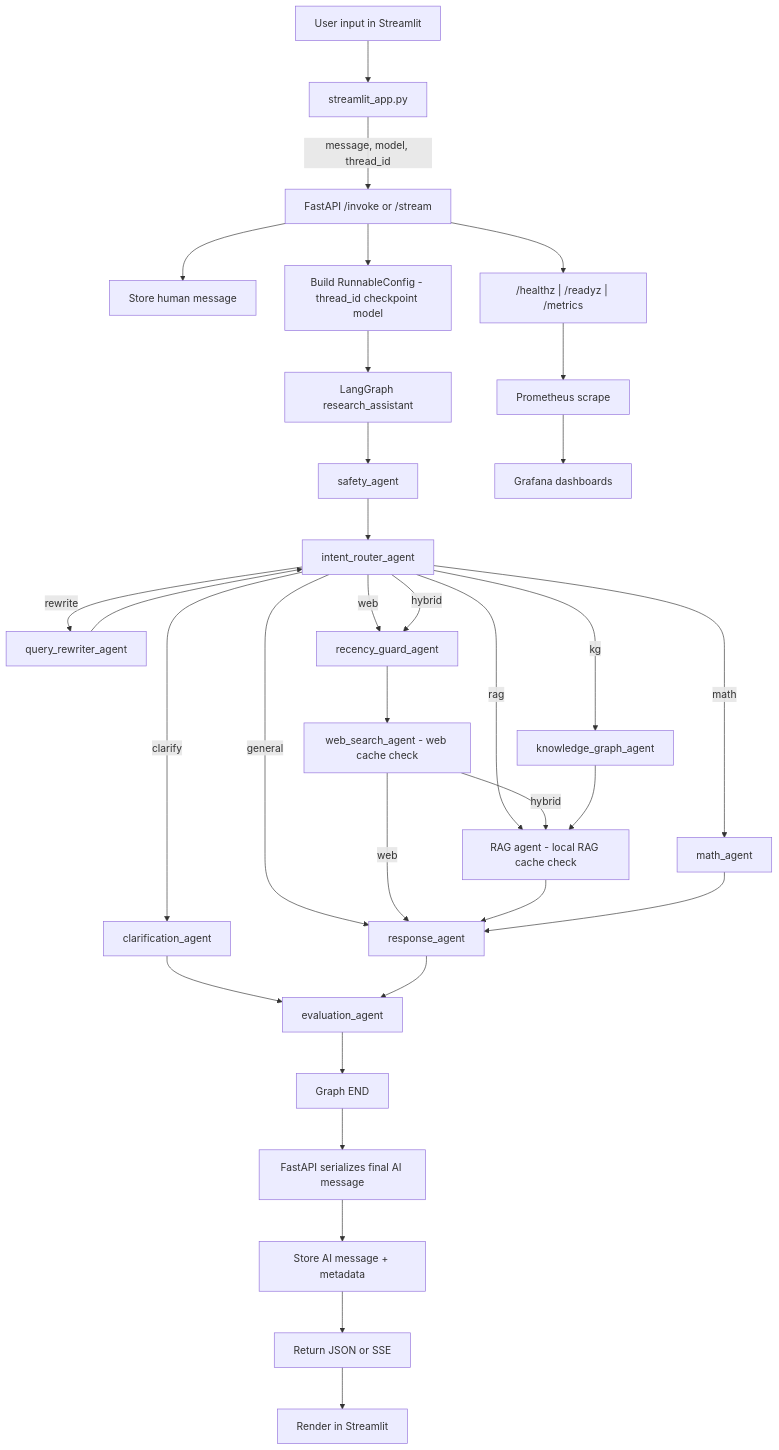
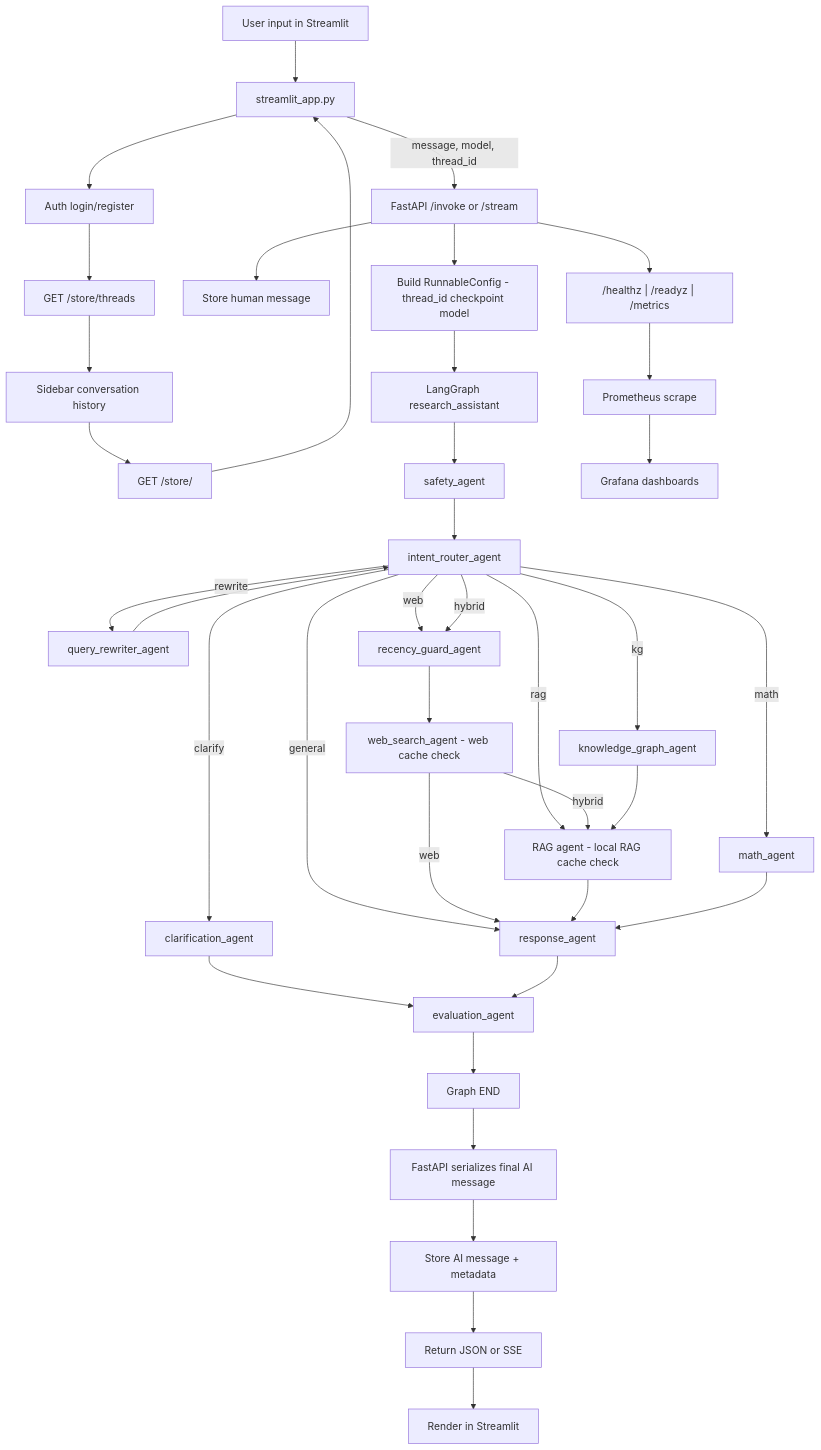
The first of 2 diagrams in README.md (Theepankumargandhi/Multi-Agent-Orchestration), drawn with Mermaid before and after one commit. The commit also changed other lines of this file and 2 other files, not shown here.

Commit message:
Update README and flowcharts for conversation history thread flow

````diff
--- a/README.md
+++ b/README.md
@@ -58,44 +59,49 @@
 ```mermaid
 %%{init: {"flowchart":{"nodeSpacing":45,"rankSpacing":65},"themeVariables":{"fontSize":"16px"}}}%%
 flowchart TD
     U[User input in Streamlit] --> ST[streamlit_app.py]
+    ST --> AUTH[Auth login/register]
+    AUTH --> THR[GET /store/threads]
+    THR --> TSEL[Sidebar conversation history]
+    TSEL --> HIST[GET /store/<thread_id>]
+    HIST --> ST
     ST -->|message, model, thread_id| API[FastAPI /invoke or /stream]
 
     API --> STOREH[Store human message]
     API --> CFG[Build RunnableConfig - thread_id checkpoint model]
     CFG --> LG[LangGraph research_assistant]
 
     LG --> SA[safety_agent]
     SA --> IR[intent_router_agent]
 
     IR -->|clarify| CA[clarification_agent]
     IR -->|rewrite| QR[query_rewriter_agent]
     QR --> IR
 
     IR -->|math| MA[math_agent]
     IR -->|web| RG[recency_guard_agent]
     IR -->|kg| KG[knowledge_graph_agent]
     IR -->|rag| RA[rag_agent]
     IR -->|hybrid| RG
     IR -->|general| RESP[response_agent]
 
     RG --> WS[web_search_agent - web cache check]
     WS -->|web| RESP
     WS -->|hybrid| RA
     KG --> RA
     RA[RAG agent - local RAG cache check] --> RESP
     MA --> RESP
 
     CA --> EVA[evaluation_agent]
     RESP --> EVA
     EVA --> END[Graph END]
 
     END --> APIOUT[FastAPI serializes final AI message]
     APIOUT --> STOREA[Store AI message + metadata]
     STOREA --> RET[Return JSON or SSE]
     RET --> UI[Render in Streamlit]
 
     API --> OPS["/healthz | /readyz | /metrics"]
     OPS --> PROM[Prometheus scrape]
     PROM --> GRAF[Grafana dashboards]
 ```
````
